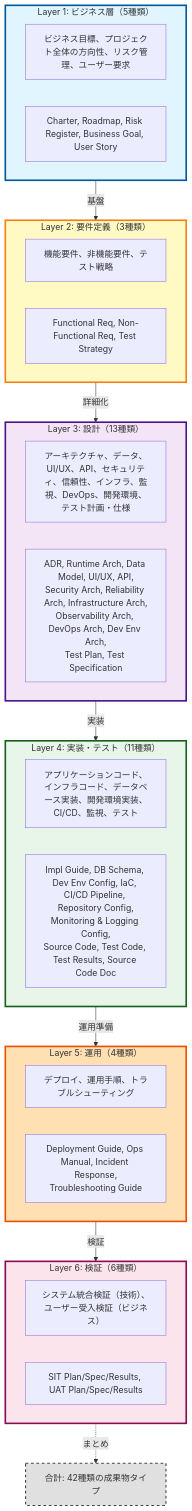
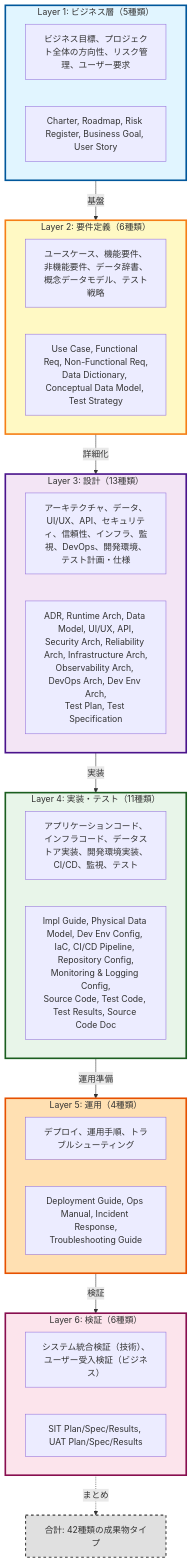
The diagram in specs/artifact-overview.md (mahitotsu/ukiyoue), drawn with Mermaid before and after one commit. The commit also changed 27 other files, not shown here.

````diff
--- a/specs/artifact-overview.md
+++ b/specs/artifact-overview.md
@@ -33,58 +33,58 @@
 ```mermaid
 graph TD
     subgraph Layer1["Layer 1: ビジネス層（5種類）"]
         L1_desc["ビジネス目標、プロジェクト全体の方向性、リスク管理、ユーザー要求"]
         L1_docs["Charter, Roadmap, Risk Register, Business Goal, User Story"]
     end
 
-    subgraph Layer2["Layer 2: 要件定義（3種類）"]
-        L2_desc["機能要件、非機能要件、テスト戦略"]
-        L2_docs["Functional Req, Non-Functional Req, Test Strategy"]
+    subgraph Layer2["Layer 2: 要件定義（6種類）"]
+        L2_desc["ユースケース、機能要件、非機能要件、データ辞書、概念データモデル、テスト戦略"]
+        L2_docs["Use Case, Functional Req, Non-Functional Req,<br/>Data Dictionary, Conceptual Data Model, Test Strategy"]
     end
 
     subgraph Layer3["Layer 3: 設計（13種類）"]
         L3_desc["アーキテクチャ、データ、UI/UX、API、セキュリティ、信頼性、インフラ、監視、DevOps、開発環境、テスト計画・仕様"]
         L3_docs["ADR, Runtime Arch, Data Model, UI/UX, API,<br/>Security Arch, Reliability Arch, Infrastructure Arch,<br/>Observability Arch, DevOps Arch, Dev Env Arch,<br/>Test Plan, Test Specification"]
     end
 
     subgraph Layer4["Layer 4: 実装・テスト（11種類）"]
-        L4_desc["アプリケーションコード、インフラコード、データベース実装、開発環境実装、CI/CD、監視、テスト"]
-        L4_docs["Impl Guide, DB Schema, Dev Env Config, IaC, CI/CD Pipeline, Repository Config,<br/>Monitoring & Logging Config,<br/>Source Code, Test Code, Test Results, Source Code Doc"]
+        L4_desc["アプリケーションコード、インフラコード、データストア実装、開発環境実装、CI/CD、監視、テスト"]
+        L4_docs["Impl Guide, Physical Data Model, Dev Env Config, IaC, CI/CD Pipeline, Repository Config,<br/>Monitoring & Logging Config,<br/>Source Code, Test Code, Test Results, Source Code Doc"]
     end
 
     subgraph Layer5["Layer 5: 運用（4種類）"]
         L5_desc["デプロイ、運用手順、トラブルシューティング"]
         L5_docs["Deployment Guide, Ops Manual, Incident Response,<br/>Troubleshooting Guide"]
     end
 
     subgraph Layer6["Layer 6: 検証（6種類）"]
         L6_desc["システム統合検証（技術）、ユーザー受入検証（ビジネス）"]
         L6_docs["SIT Plan/Spec/Results, UAT Plan/Spec/Results"]
     end
 
     Layer1 -->|"基盤"| Layer2
     Layer2 -->|"詳細化"| Layer3
     Layer3 -->|"実装"| Layer4
     Layer4 -->|"運用準備"| Layer5
     Layer5 -->|"検証"| Layer6
 
     Total["合計: 42種類の成果物タイプ"]
 
     Layer6 -.->|"まとめ"| Total
 
     classDef layer1Style fill:#e1f5ff,stroke:#01579b,stroke-width:3px
     classDef layer2Style fill:#fff9c4,stroke:#f57f17,stroke-width:3px
     classDef layer3Style fill:#f3e5f5,stroke:#4a148c,stroke-width:3px
     classDef layer4Style fill:#e8f5e9,stroke:#1b5e20,stroke-width:3px
     classDef layer5Style fill:#ffe0b2,stroke:#e65100,stroke-width:3px
     classDef layer6Style fill:#fce4ec,stroke:#880e4f,stroke-width:3px
     classDef totalStyle fill:#e0e0e0,stroke:#424242,stroke-width:2px,stroke-dasharray: 5 5
 
     class Layer1 layer1Style
     class Layer2 layer2Style
     class Layer3 layer3Style
     class Layer4 layer4Style
     class Layer5 layer5Style
     class Layer6 layer6Style
     class Total totalStyle
 ```
````
